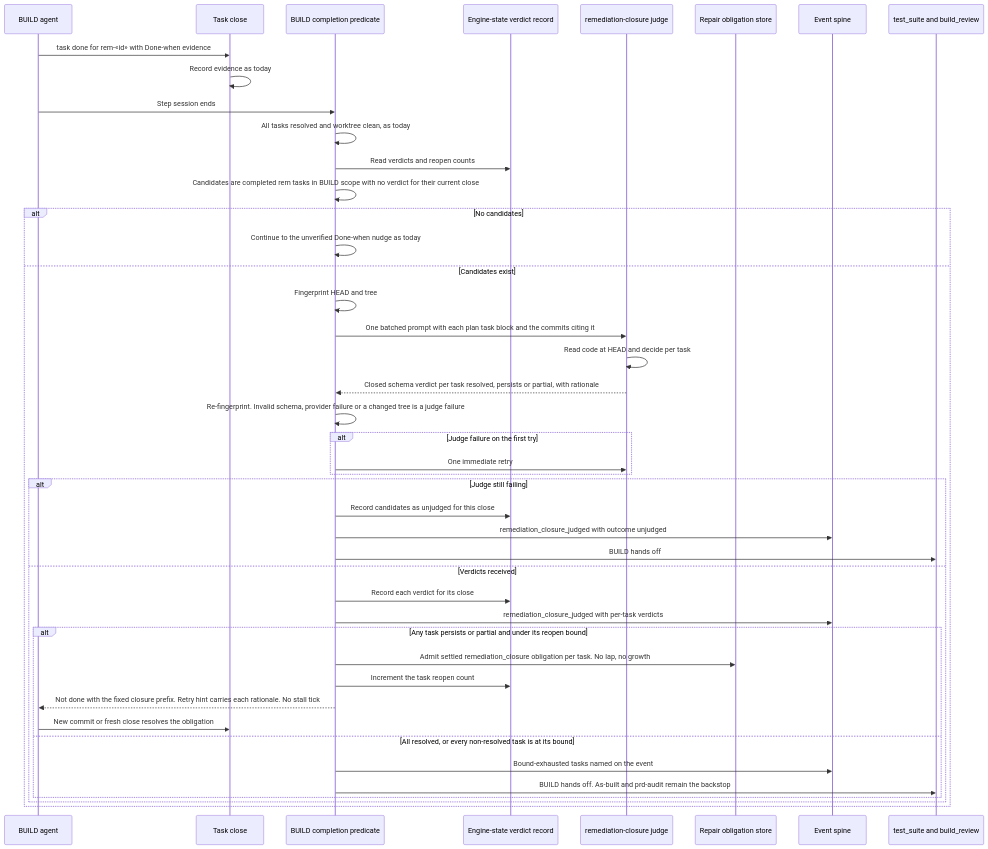
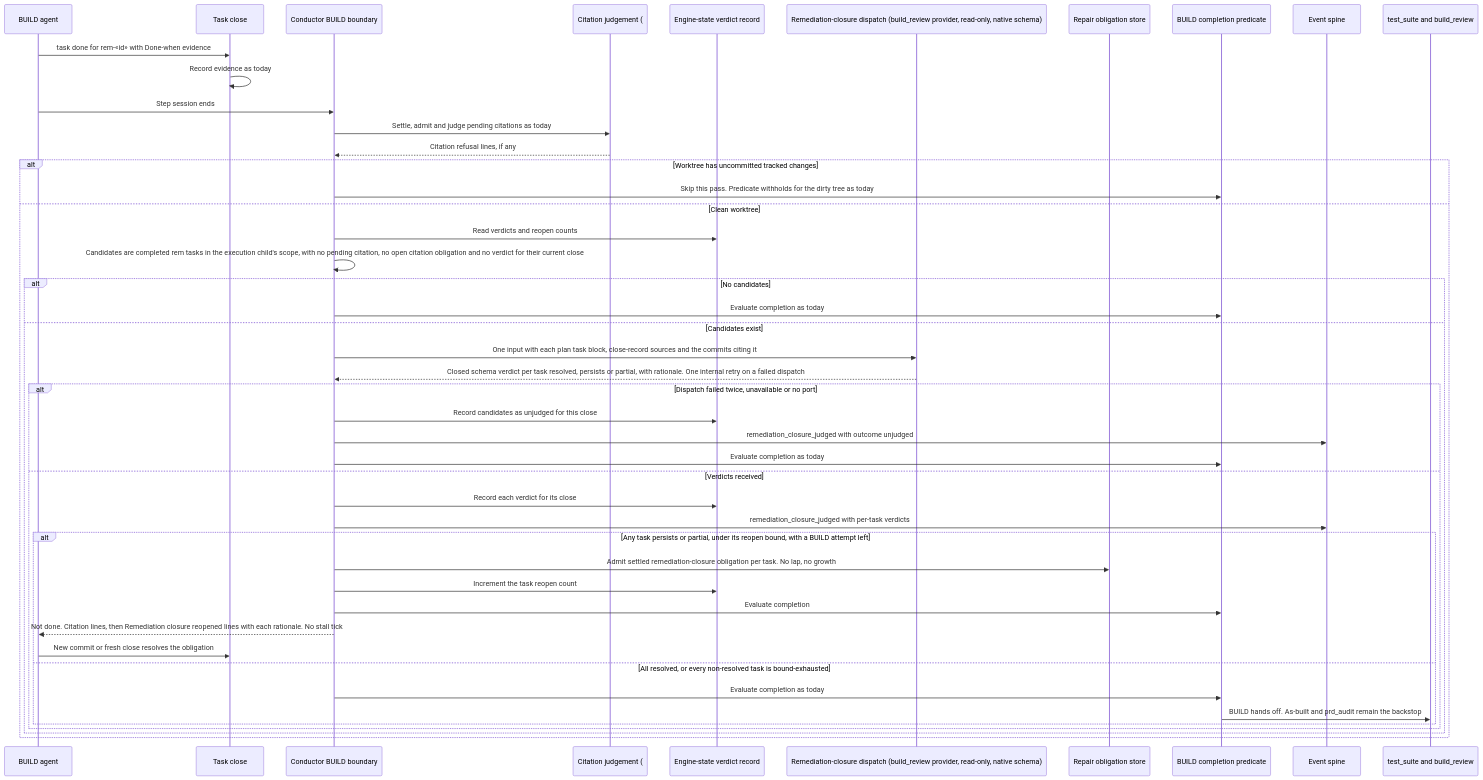
The diagram in .docs/architecture/sequences/remediation-tasks-close-on-a-reported-commit-that-.md (jstoup111/ai-conductor), drawn with Mermaid before and after one commit. The commit also changed other lines of this file and 8 other files, not shown here.

First line of the commit message:
spec: reconcile #3190 remediation-closure design with landed #3200

````diff
--- a/.docs/architecture/sequences/remediation-tasks-close-on-a-reported-commit-that-.md
+++ b/.docs/architecture/sequences/remediation-tasks-close-on-a-reported-commit-that-.md
@@ -8,46 +8,48 @@
 ```mermaid
 sequenceDiagram
     participant Agent as BUILD agent
     participant Close as Task close
+    participant Bound as Conductor BUILD boundary
+    participant Cite as Citation judgement (#3200)
+    participant Store as Engine-state verdict record
+    participant Judge as Remediation-closure dispatch (build_review provider, read-only, native schema)
+    participant Repair as Repair obligation store
     participant Pred as BUILD completion predicate
-    participant Store as Engine-state verdict record
-    participant Judge as remediation-closure judge
-    participant Repair as Repair obligation store
     participant Bus as Event spine
     participant Next as test_suite and build_review
     Agent->>Close: task done for rem-«id» with Done-when evidence
     Close->>Close: Record evidence as today
-    Agent->>Pred: Step session ends
-    Pred->>Pred: All tasks resolved and worktree clean, as today
-    Pred->>Store: Read verdicts and reopen counts
-    Pred->>Pred: Candidates are completed rem tasks in BUILD scope with no verdict for their current close
-    alt No candidates
-        Pred->>Pred: Continue to the unverified Done-when nudge as today
-    else Candidates exist
-        Pred->>Pred: Fingerprint HEAD and tree
-        Pred->>Judge: One batched prompt with each plan task block and the commits citing it
-        Judge->>Judge: Read code at HEAD and decide per task
-        Judge-->>Pred: Closed schema verdict per task resolved, persists or partial, with rationale
-        Pred->>Pred: Re-fingerprint. Invalid schema, provider failure or a changed tree is a judge failure
-        alt Judge failure on the first try
-            Pred->>Judge: One immediate retry
-        end
-        alt Judge still failing
-            Pred->>Store: Record candidates as unjudged for this close
-            Pred->>Bus: remediation_closure_judged with outcome unjudged
-            Pred->>Next: BUILD hands off
-        else Verdicts received
-            Pred->>Store: Record each verdict for its close
-            Pred->>Bus: remediation_closure_judged with per-task verdicts
-            alt Any task persists or partial and under its reopen bound
-                Pred->>Repair: Admit settled remediation_closure obligation per task. No lap, no growth
-                Pred->>Store: Increment the task reopen count
-                Pred-->>Agent: Not done with the fixed closure prefix. Retry hint carries each rationale. No stall tick
-                Agent->>Close: New commit or fresh close resolves the obligation
-            else All resolved, or every non-resolved task is at its bound
-                Pred->>Bus: Bound-exhausted tasks named on the event
-                Pred->>Next: BUILD hands off. As-built and prd-audit remain the backstop
+    Agent->>Bound: Step session ends
+    Bound->>Cite: Settle, admit and judge pending citations as today
+    Cite-->>Bound: Citation refusal lines, if any
+    alt Worktree has uncommitted tracked changes
+        Bound->>Pred: Skip this pass. Predicate withholds for the dirty tree as today
+    else Clean worktree
+        Bound->>Store: Read verdicts and reopen counts
+        Bound->>Bound: Candidates are completed rem tasks in the execution child's scope, with no pending citation, no open citation obligation and no verdict for their current close
+        alt No candidates
+            Bound->>Pred: Evaluate completion as today
+        else Candidates exist
+            Bound->>Judge: One input with each plan task block, close-record sources and the commits citing it
+            Judge-->>Bound: Closed schema verdict per task resolved, persists or partial, with rationale. One internal retry on a failed dispatch
+            alt Dispatch failed twice, unavailable or no port
+                Bound->>Store: Record candidates as unjudged for this close
+                Bound->>Bus: remediation_closure_judged with outcome unjudged
+                Bound->>Pred: Evaluate completion as today
+            else Verdicts received
+                Bound->>Store: Record each verdict for its close
+                Bound->>Bus: remediation_closure_judged with per-task verdicts
+                alt Any task persists or partial, under its reopen bound, with a BUILD attempt left
+                    Bound->>Repair: Admit settled remediation-closure obligation per task. No lap, no growth
+                    Bound->>Store: Increment the task reopen count
+                    Bound->>Pred: Evaluate completion
+                    Bound-->>Agent: Not done. Citation lines, then Remediation closure reopened lines with each rationale. No stall tick
+                    Agent->>Close: New commit or fresh close resolves the obligation
+                else All resolved, or every non-resolved task is bound-exhausted
+                    Bound->>Pred: Evaluate completion as today
+                    Pred->>Next: BUILD hands off. As-built and prd_audit remain the backstop
+                end
             end
         end
     end
 ```
````
